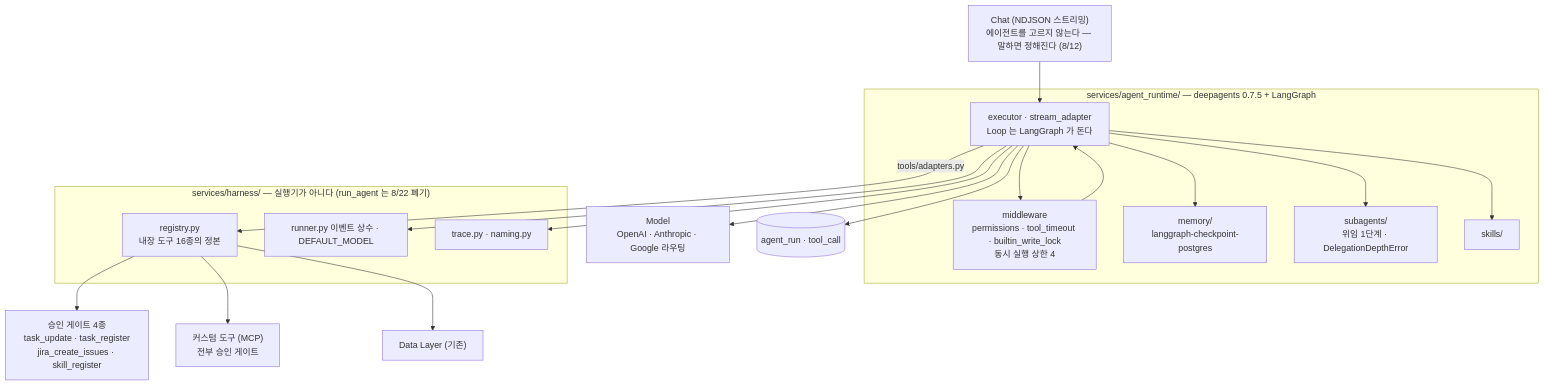
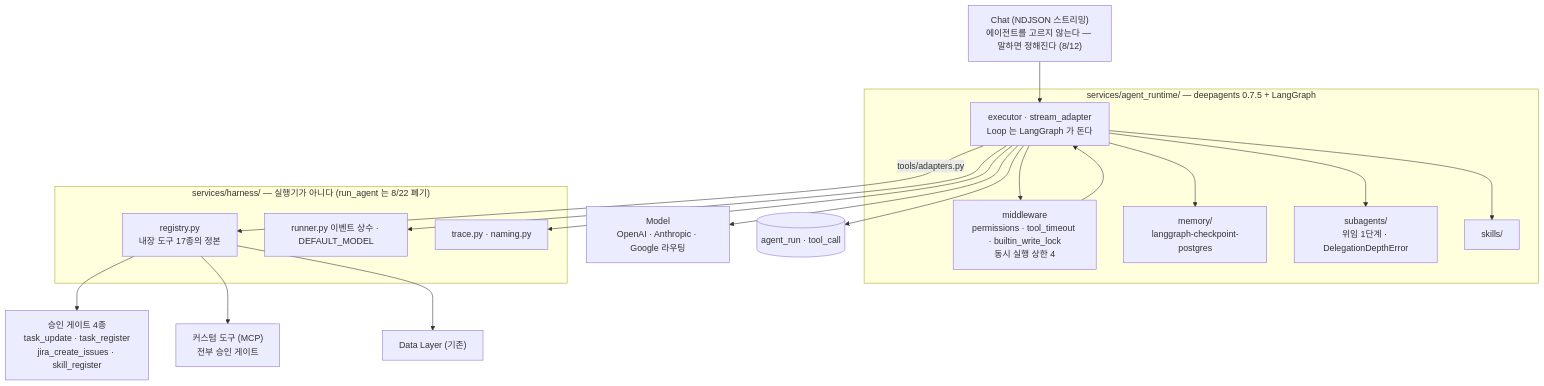
Before and after one commit to SKNETWORKS-FAMILY-AICAMP/SKN29-FINAL-2TEAM: the sixth of 8 diagrams in docs/설계 및 구현/3_중간발표 이후/설계/6_시각화.md, drawn with Mermaid. The commit also changed 7 other files, not shown here.

````diff
--- a/docs/설계 및 구현/3_중간발표 이후/설계/6_시각화.md
+++ b/docs/설계 및 구현/3_중간발표 이후/설계/6_시각화.md
@@ -126,32 +126,32 @@
 ```mermaid
 flowchart TD
     chat["Chat (NDJSON 스트리밍)<br/>에이전트를 고르지 않는다 — 말하면 정해진다 (8/12)"] --> exec
 
     subgraph rt["services/agent_runtime/ — deepagents 0.7.5 + LangGraph"]
         exec["executor · stream_adapter<br/>Loop 는 LangGraph 가 돈다"]
         mw["middleware<br/>permissions · tool_timeout · builtin_write_lock<br/>동시 실행 상한 4"]
         mem["memory/<br/>langgraph-checkpoint-postgres"]
         sub["subagents/<br/>위임 1단계 · DelegationDepthError"]
         skill["skills/"]
     end
 
     subgraph hn["services/harness/ — 실행기가 아니다 (run_agent 는 8/22 폐기)"]
-        reg["registry.py<br/>내장 도구 16종의 정본"]
+        reg["registry.py<br/>내장 도구 17종의 정본"]
         cst["runner.py 이벤트 상수 · DEFAULT_MODEL"]
         tr["trace.py · naming.py"]
     end
 
     exec --> mw --> exec
     exec --> mem
     exec --> sub
     exec --> skill
     exec -->|"tools/adapters.py"| reg
     exec --> cst
     exec --> tr
 
     reg --> gate["승인 게이트 4종<br/>task_update · task_register<br/>jira_create_issues · skill_register"]
     reg --> mcpc["커스텀 도구 (MCP)<br/>전부 승인 게이트"]
     reg --> data["Data Layer (기존)"]
     exec --> model["Model<br/>OpenAI · Anthropic · Google 라우팅"]
     exec --> log[("agent_run · tool_call")]
 ```
````
